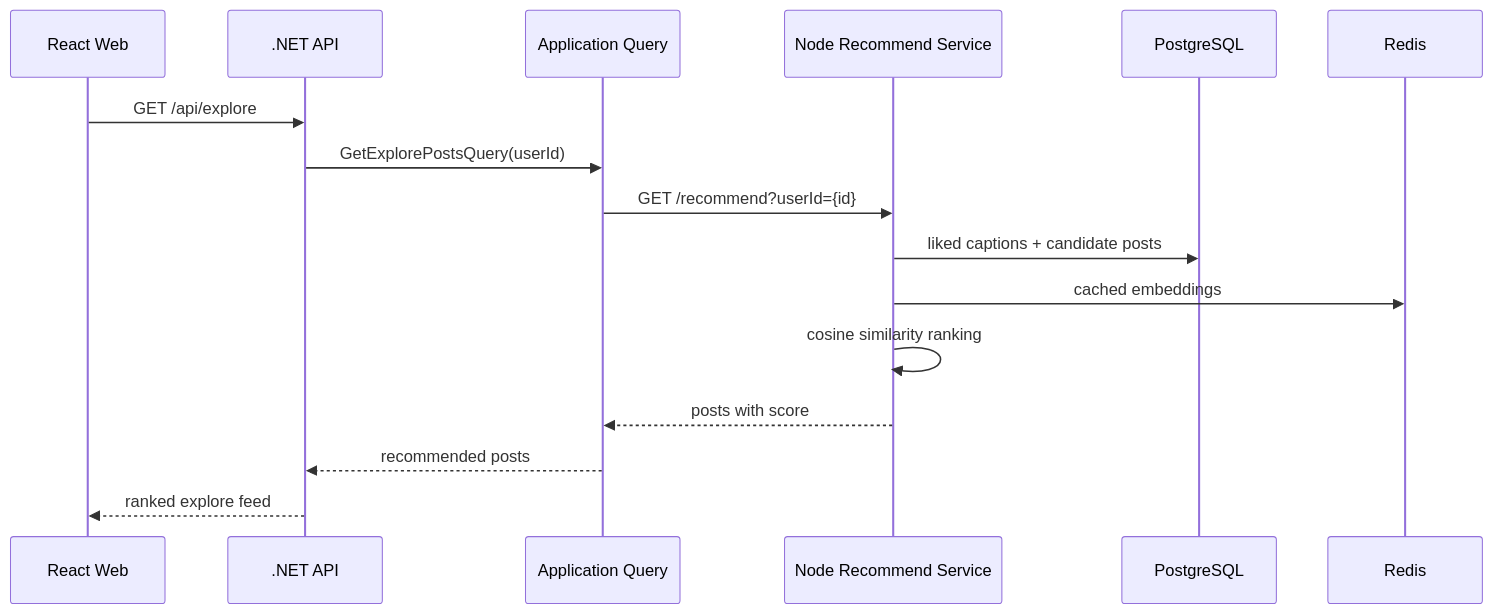
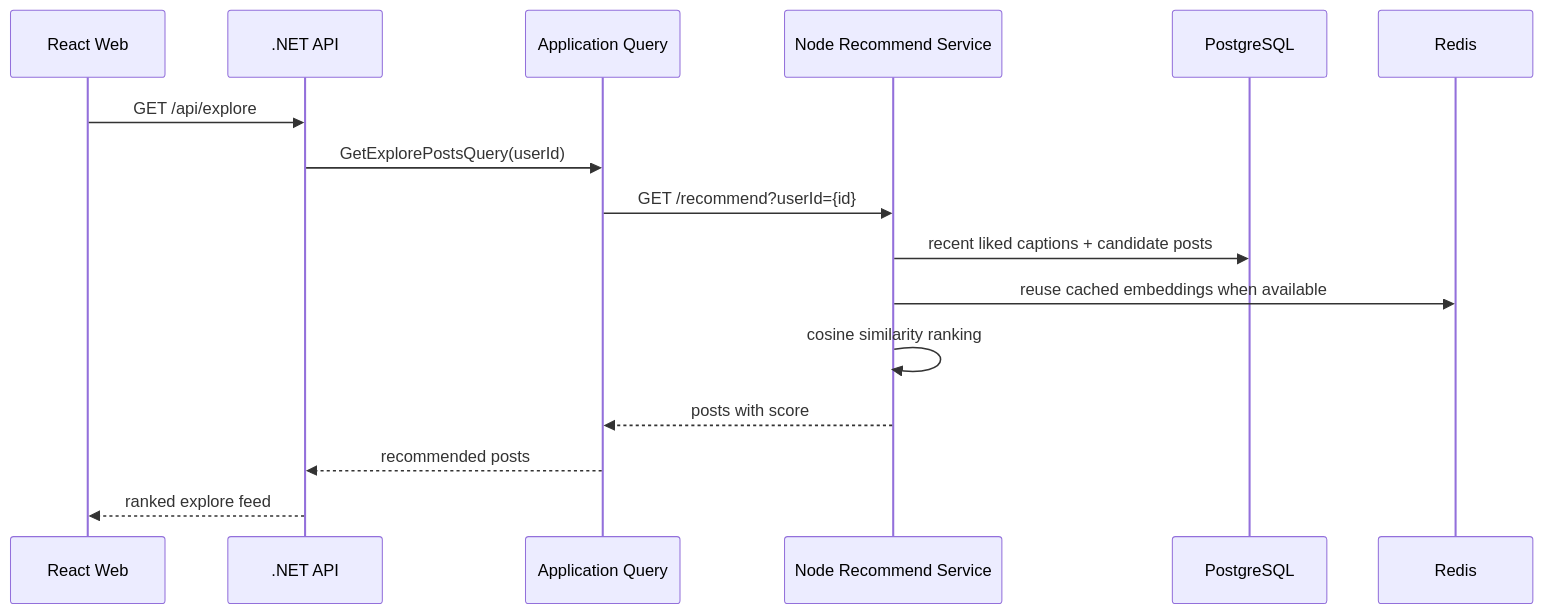
The first of 2 diagrams in docs/recommendation-and-kafka.ja.md (wonhongChang/jerrygram), drawn with Mermaid before and after one commit. The commit also changed other lines of this file and 35 other files, not shown here.

````diff
--- a/docs/recommendation-and-kafka.ja.md
+++ b/docs/recommendation-and-kafka.ja.md
@@ -9,19 +9,19 @@
 ```mermaid
 sequenceDiagram
     participant Web as React Web
     participant Api as .NET API
     participant App as Application Query
     participant Rec as Node Recommend Service
     participant Db as PostgreSQL
     participant Cache as Redis
 
     Web->>Api: GET /api/explore
     Api->>App: GetExplorePostsQuery(userId)
     App->>Rec: GET /recommend?userId={id}
-    Rec->>Db: liked captions + candidate posts
-    Rec->>Cache: cached embeddings
+    Rec->>Db: recent liked captions + candidate posts
+    Rec->>Cache: reuse cached embeddings when available
     Rec->>Rec: cosine similarity ranking
     Rec-->>App: posts with score
     App-->>Api: recommended posts
     Api-->>Web: ranked explore feed
 ```
````
